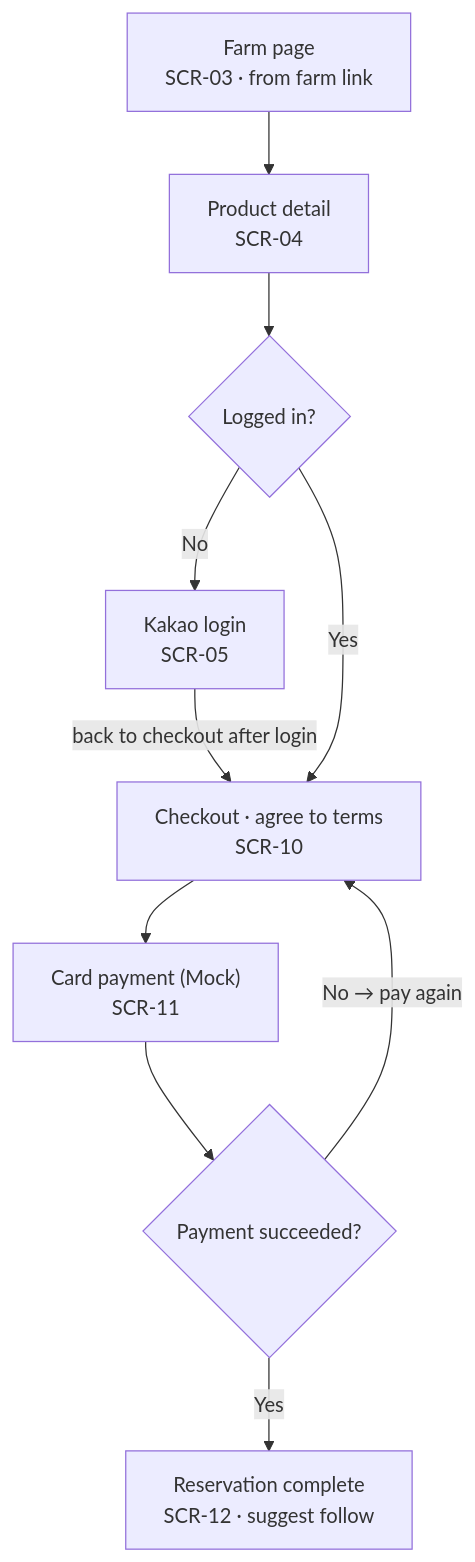
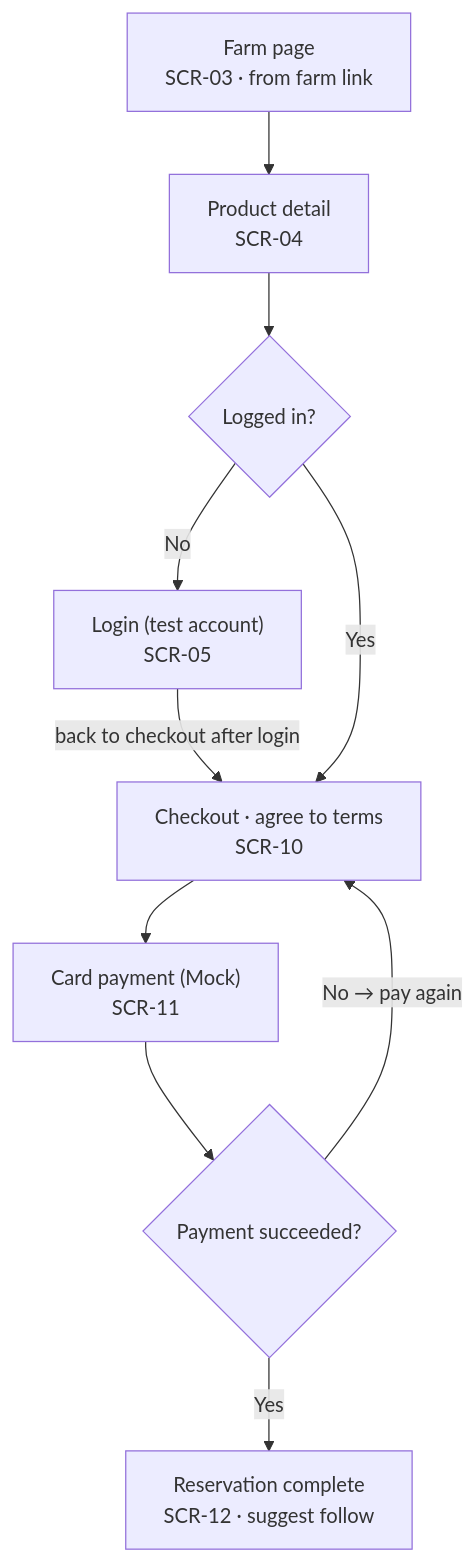
The fourth of 5 diagrams in docs/wiki/Design-Documentation.md (snuhcs-course/swpp-2026-project-team-06), drawn with Mermaid before and after one commit. The commit also changed other lines of this file and 2 other files, not shown here.

````diff
--- a/docs/wiki/Design-Documentation.md
+++ b/docs/wiki/Design-Documentation.md
@@ -157,9 +160,9 @@
 ```mermaid
 flowchart TD
   fp["Farm page<br/>SCR-03 · from farm link"] --> pd["Product detail<br/>SCR-04"] --> d1{"Logged in?"}
-  d1 -- No --> lg["Kakao login<br/>SCR-05"]
+  d1 -- No --> lg["Login (test account)<br/>SCR-05"]
   lg -- back to checkout after login --> co
   d1 -- Yes --> co["Checkout · agree to terms<br/>SCR-10"] --> py["Card payment (Mock)<br/>SCR-11"] --> d2{"Payment succeeded?"}
   d2 -- No → pay again --> co
   d2 -- Yes --> dn["Reservation complete<br/>SCR-12 · suggest follow"]
 ```
````
